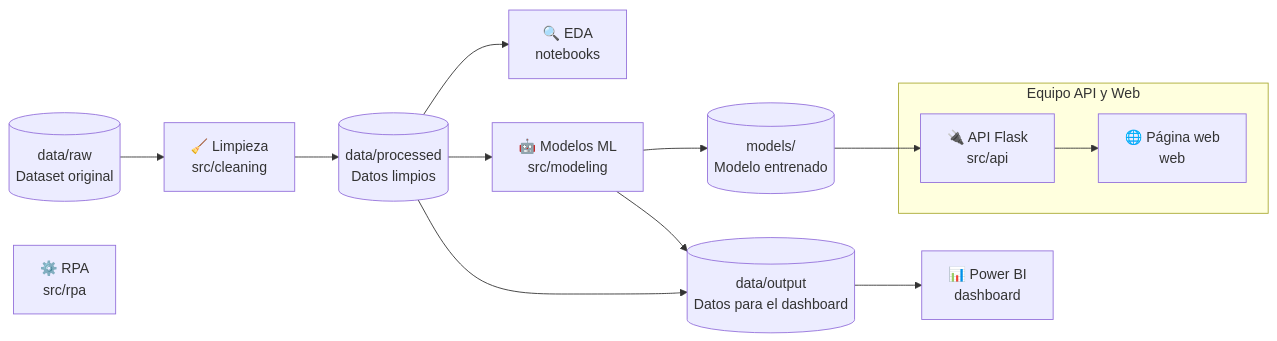
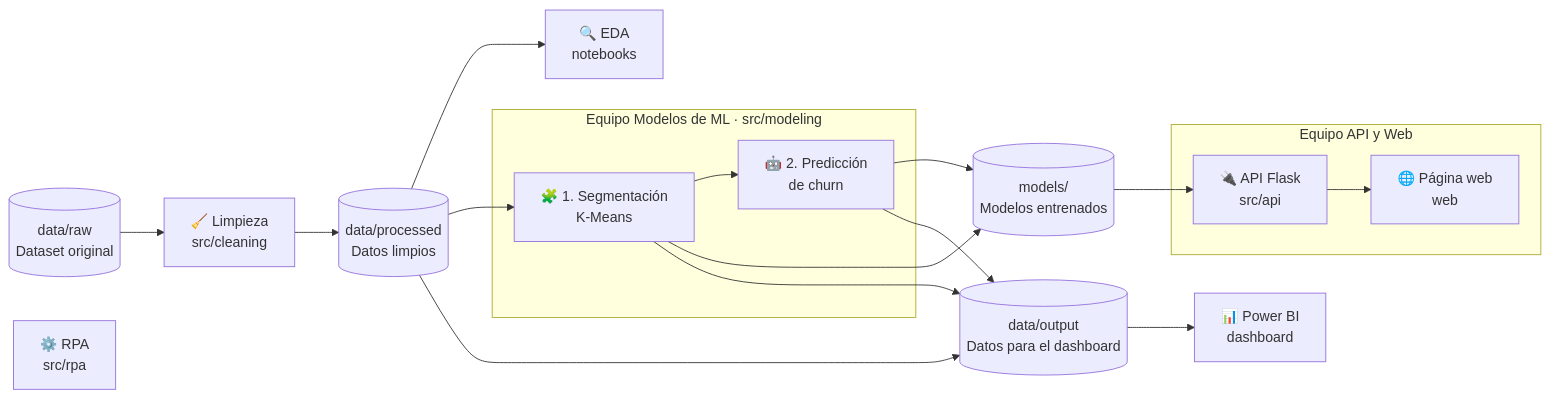
One commit to HeymichaelRD/customer-churn-analysis changed the first of 2 diagrams in README.md. Above: the diagram before and after it, drawn with Mermaid. The commit also changed other lines of this file and 1 other file, not shown here.

Commit message:
docs: agrega la segmentación con K-Means antes del modelo de churn

````diff
--- a/README.md
+++ b/README.md
@@ -72,16 +73,21 @@
 ```mermaid
 flowchart LR
     RAW[("data/raw<br/>Dataset original")] --> CLEAN["🧹 Limpieza<br/>src/cleaning"]
     CLEAN --> PROC[("data/processed<br/>Datos limpios")]
     PROC --> EDA["🔍 EDA<br/>notebooks"]
-    PROC --> ML["🤖 Modelos ML<br/>src/modeling"]
-    ML --> MODEL[("models/<br/>Modelo entrenado")]
+    PROC --> SEG
+    subgraph TEAM_ML["Equipo Modelos de ML · src/modeling"]
+        SEG["🧩 1. Segmentación<br/>K-Means"] --> ML["🤖 2. Predicción<br/>de churn"]
+    end
+    SEG --> MODEL[("models/<br/>Modelos entrenados")]
+    ML --> MODEL
     MODEL --> API
     subgraph TEAM_API_WEB["Equipo API y Web"]
         API["🔌 API Flask<br/>src/api"] --> WEB["🌐 Página web<br/>web"]
     end
     PROC --> OUT[("data/output<br/>Datos para el dashboard")]
+    SEG --> OUT
     ML --> OUT
     OUT --> BI["📊 Power BI<br/>dashboard"]
     RPA["⚙️ RPA<br/>src/rpa"]
 ```
````
